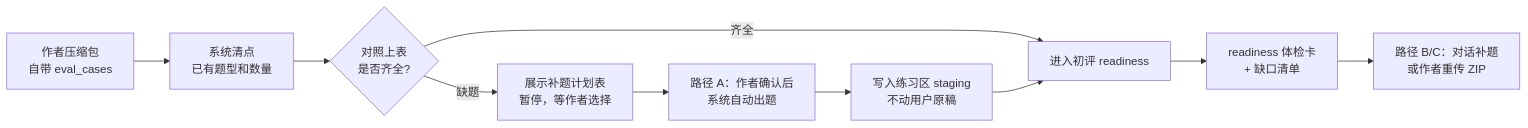
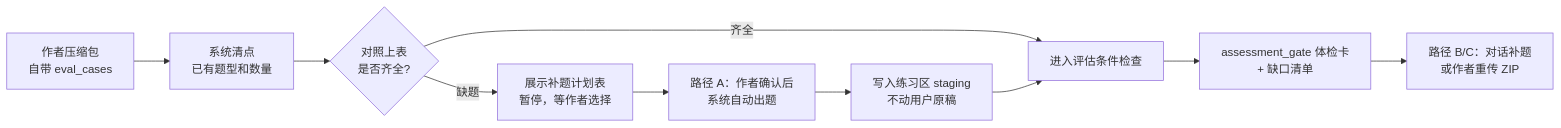
Before and after one commit to NathanZhou1225/Skillhub_eval: the sixth of 10 diagrams in docs/guides/Skill评估系统全景说明.md, drawn with Mermaid. The commit also changed other lines of this file and 5 other files, not shown here.

````diff
--- a/docs/guides/Skill评估系统全景说明.md
+++ b/docs/guides/Skill评估系统全景说明.md
@@ -372,12 +372,12 @@
 ```mermaid
 flowchart LR
     A["作者压缩包\n自带 eval_cases"] --> B["系统清点\n已有题型和数量"]
     B --> C{"对照上表\n是否齐全?"}
-    C -->|"齐全"| D["进入初评 readiness"]
+    C -->|"齐全"| D["进入评估条件检查"]
     C -->|"缺题"| E["展示补题计划表\n暂停，等作者选择"]
     E --> F["路径 A：作者确认后\n系统自动出题"]
     F --> G["写入练习区 staging\n不动用户原稿"]
     G --> D
-    D --> H["readiness 体检卡\n+ 缺口清单"]
+    D --> H["assessment_gate 体检卡\n+ 缺口清单"]
     H --> I["路径 B/C：对话补题\n或作者重传 ZIP"]
 ```
````
